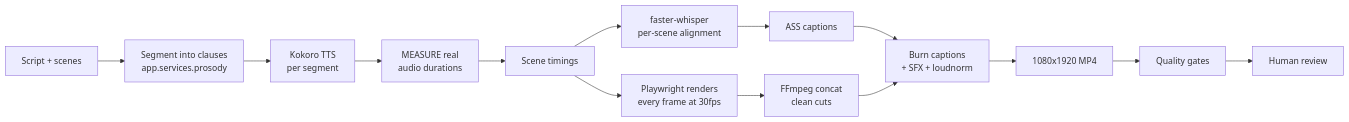
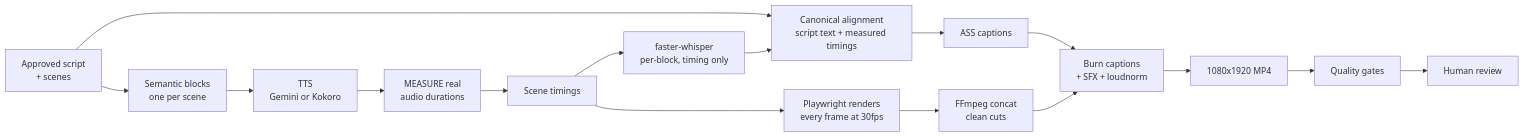
One commit to abhishek599031-wq/systemdecoded changed the fifth of 5 diagrams in README.md. Above: the diagram before and after it, drawn with Mermaid. The commit also changed other lines of this file and 25 other files, not shown here.

````diff
--- a/README.md
+++ b/README.md
@@ -743,16 +756,18 @@
 ```mermaid
 graph LR
-    A[Script + scenes] --> B[Segment into clauses<br/>app.services.prosody]
-    B --> C[Kokoro TTS<br/>per segment]
+    A[Approved script<br/>+ scenes] --> B[Semantic blocks<br/>one per scene]
+    B --> C[TTS<br/>Gemini or Kokoro]
     C --> D[MEASURE real<br/>audio durations]
     D --> E[Scene timings]
-    E --> F[faster-whisper<br/>per-scene alignment]
-    F --> G[ASS captions]
-    E --> H[Playwright renders<br/>every frame at 30fps]
-    H --> I[FFmpeg concat<br/>clean cuts]
-    G --> J[Burn captions<br/>+ SFX + loudnorm]
-    I --> J
-    J --> K[1080x1920 MP4]
-    K --> L[Quality gates]
-    L --> M[Human review]
+    E --> F[faster-whisper<br/>per-block, timing only]
+    A --> G
+    F --> G[Canonical alignment<br/>script text + measured timings]
+    G --> H[ASS captions]
+    E --> I[Playwright renders<br/>every frame at 30fps]
+    I --> J[FFmpeg concat<br/>clean cuts]
+    H --> K[Burn captions<br/>+ SFX + loudnorm]
+    J --> K
+    K --> L[1080x1920 MP4]
+    L --> M[Quality gates]
+    M --> N[Human review]
 ```
````
